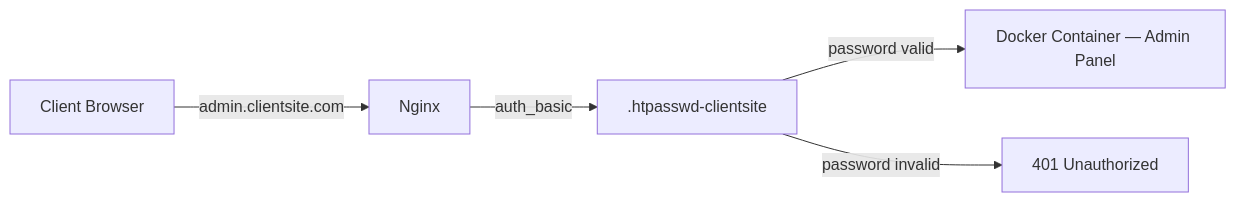
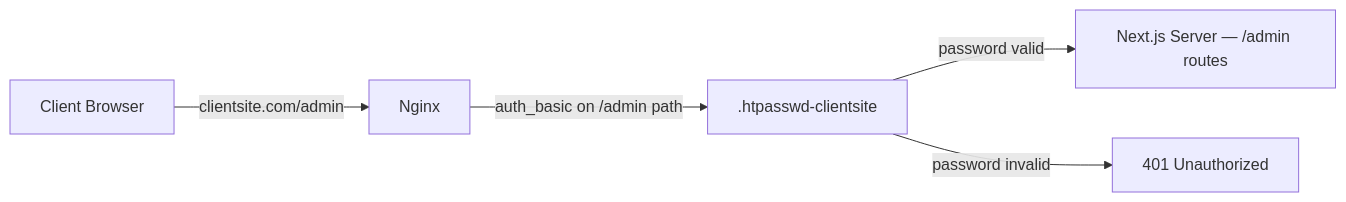
The seventh of 10 diagrams in ARCHITECTURE.md (Hude06/JUDE_WEBSITE), drawn with Mermaid before and after one commit. The commit also changed other lines of this file and 50 other files, not shown here.

First line of the commit message:
feat: complete framework with admin panel, shadcn/ui, and block system

````diff
--- a/ARCHITECTURE.md
+++ b/ARCHITECTURE.md
@@ -223,7 +284,7 @@
 ```mermaid
 flowchart LR
-    CLIENT[Client Browser] -->|admin.clientsite.com| NGINX[Nginx]
-    NGINX -->|auth_basic| HTPASSWD[.htpasswd-clientsite]
-    HTPASSWD -->|password valid| CONTAINER[Docker Container — Admin Panel]
+    CLIENT[Client Browser] -->|clientsite.com/admin| NGINX[Nginx]
+    NGINX -->|auth_basic on /admin path| HTPASSWD[.htpasswd-clientsite]
+    HTPASSWD -->|password valid| CONTAINER["Next.js Server — /admin routes"]
     HTPASSWD -->|password invalid| DENIED[401 Unauthorized]
 ```
````
